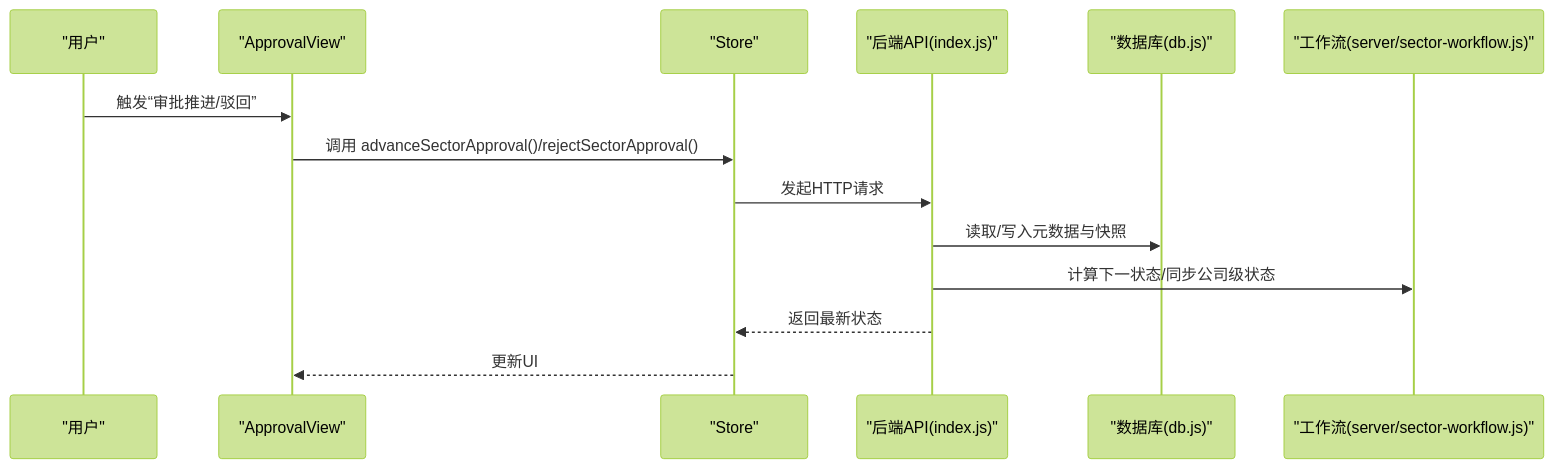
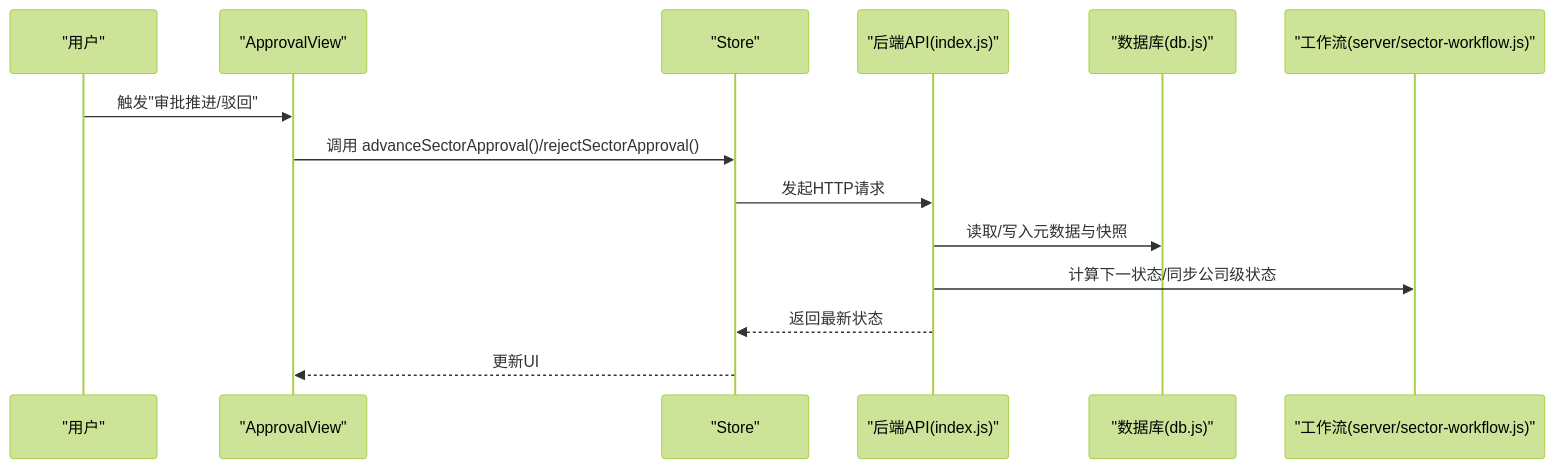
The second of 7 diagrams in .qoder/repowiki/zh/content/核心业务模块/审批工作流系统.md (marcelxu0272/202605_project-tracking-table), drawn with Mermaid (forest theme) before and after one commit. The commit also changed other lines of this file and 23 other files, not shown here.

````diff
--- a/.qoder/repowiki/zh/content/核心业务模块/审批工作流系统.md
+++ b/.qoder/repowiki/zh/content/核心业务模块/审批工作流系统.md
@@ -109,16 +120,16 @@
 ```mermaid
 sequenceDiagram
 participant U as "用户"
 participant V as "ApprovalView"
 participant S as "Store"
 participant API as "后端API(index.js)"
 participant DB as "数据库(db.js)"
 participant WF as "工作流(server/sector-workflow.js)"
-U->>V : 触发“审批推进/驳回”
+U->>V : 触发"审批推进/驳回"
 V->>S : 调用 advanceSectorApproval()/rejectSectorApproval()
 S->>API : 发起HTTP请求
 API->>DB : 读取/写入元数据与快照
 API->>WF : 计算下一状态/同步公司级状态
 API-->>S : 返回最新状态
 S-->>V : 更新UI
 ```
````
